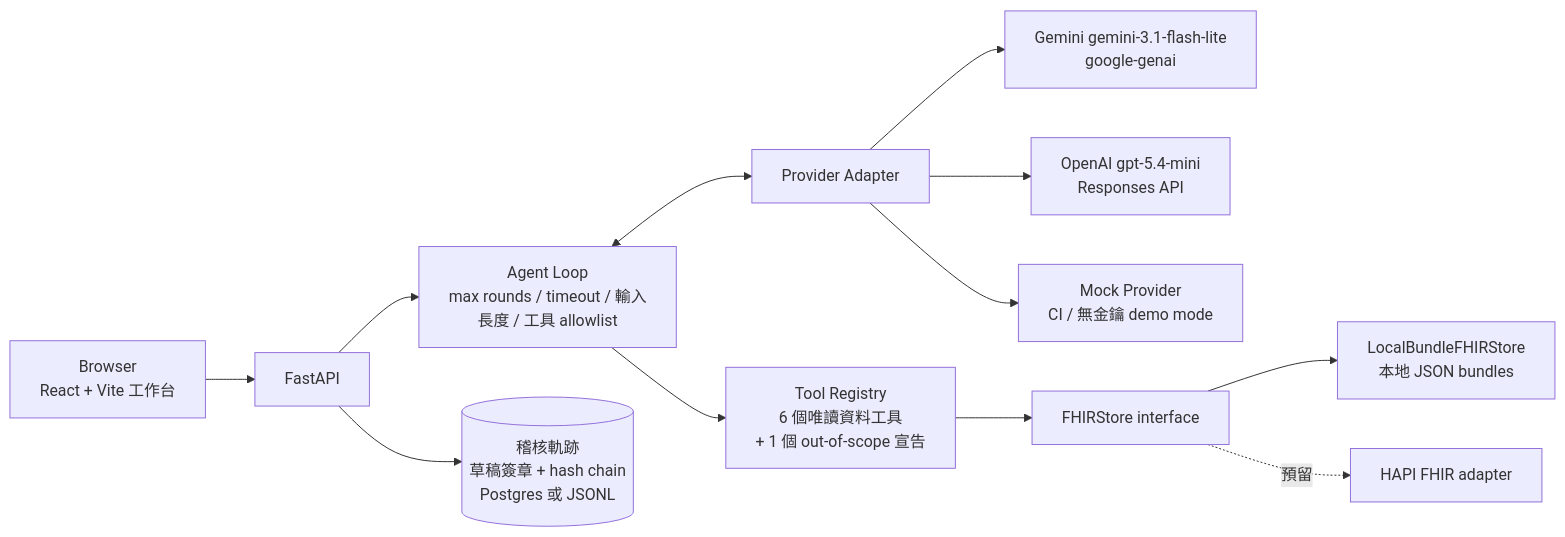
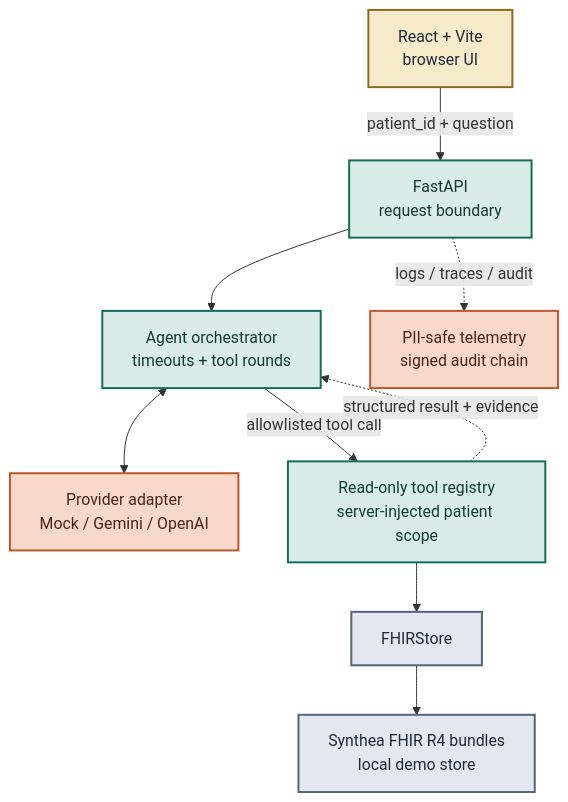
One commit to kuotunyu/fhir-care-copilot changed the diagram in README.md. Above: the diagram before and after it, drawn with Mermaid. The commit also changed other lines of this file, not shown here.

````diff
--- a/README.md
+++ b/README.md
@@ -68,14 +35,30 @@
 ```mermaid
-flowchart LR
-    U[Browser<br/>React + Vite 工作台] --> API[FastAPI]
-    API --> AL[Agent Loop<br/>max rounds / timeout / 輸入長度 / 工具 allowlist]
-    AL <--> P[Provider Adapter]
-    P --> G[Gemini gemini-3.1-flash-lite<br/>google-genai]
-    P --> O[OpenAI gpt-5.4-mini<br/>Responses API]
-    P --> M[Mock Provider<br/>CI / 無金鑰 demo mode]
-    AL --> TR[Tool Registry<br/>6 個唯讀資料工具<br/>+ 1 個 out-of-scope 宣告]
-    TR --> FS[FHIRStore interface]
-    FS --> LB[LocalBundleFHIRStore<br/>本地 JSON bundles]
-    FS -.預留.-> HAPI[HAPI FHIR adapter]
-    API --> AUD[(稽核軌跡<br/>草稿簽章 + hash chain<br/>Postgres 或 JSONL)]
+flowchart TB
+    UI["React + Vite<br/>browser UI"]
+    API["FastAPI<br/>request boundary"]
+    AGENT["Agent orchestrator<br/>timeouts + tool rounds"]
+    PROVIDER["Provider adapter<br/>Mock / Gemini / OpenAI"]
+    TOOLS["Read-only tool registry<br/>server-injected patient scope"]
+    STORE["FHIRStore"]
+    DATA["Synthea FHIR R4 bundles<br/>local demo store"]
+    AUDIT["PII-safe telemetry<br/>signed audit chain"]
+
+    UI -->|"patient_id + question"| API
+    API --> AGENT
+    AGENT <--> PROVIDER
+    AGENT -->|"allowlisted tool call"| TOOLS
+    TOOLS --> STORE
+    STORE --> DATA
+    TOOLS -. "structured result + evidence" .-> AGENT
+    API -. "logs / traces / audit" .-> AUDIT
+
+    classDef client fill:#F7EACB,stroke:#8A6A20,stroke-width:2px,color:#1F2937
+    classDef service fill:#D9ECE8,stroke:#176B5B,stroke-width:2px,color:#123B34
+    classDef control fill:#F8D8C9,stroke:#B95732,stroke-width:2px,color:#4A2418
+    classDef data fill:#E3E8F0,stroke:#52657A,stroke-width:2px,color:#1F2937
+
+    class UI client
+    class API,AGENT,TOOLS service
+    class PROVIDER,AUDIT control
+    class STORE,DATA data
 ```
````
